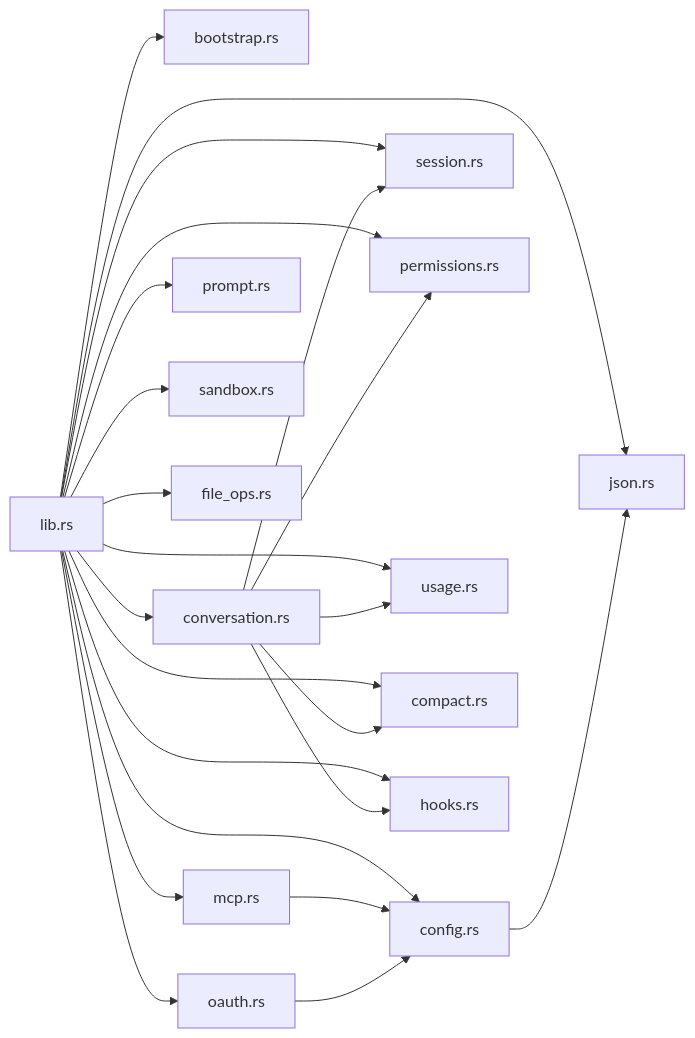
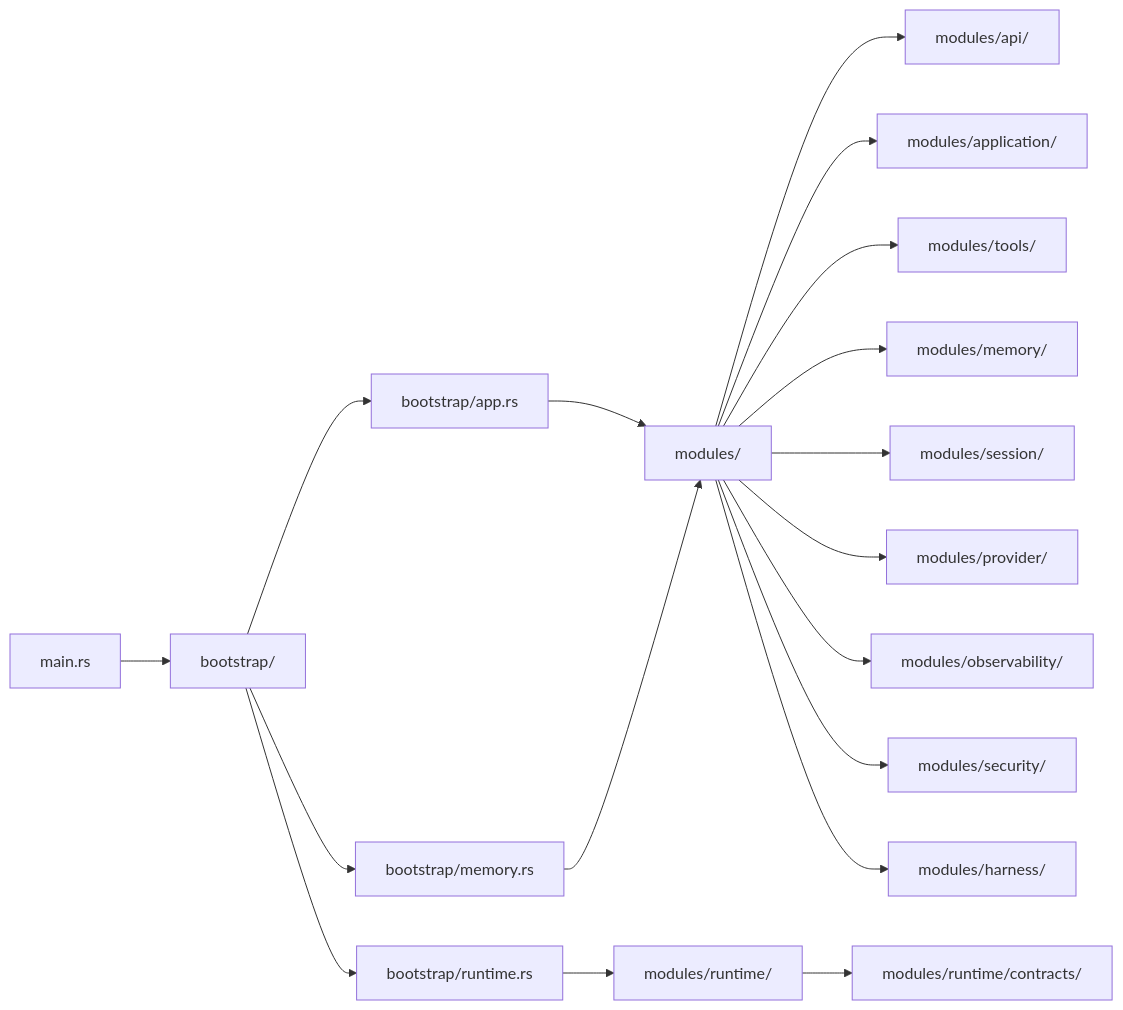
The tenth of 10 diagrams in .qoder/repowiki/en/content/Backend System (Rust)/Module Architecture & Design/Runtime Services/Runtime Services.md (novolei/if2Ai), drawn with Mermaid before and after one commit. The commit also changed other lines of this file and 124 other files, not shown here.

````diff
--- a/.qoder/repowiki/en/content/Backend System (Rust)/Module Architecture & Design/Runtime Services/Runtime Services.md
+++ b/.qoder/repowiki/en/content/Backend System (Rust)/Module Architecture & Design/Runtime Services/Runtime Services.md
@@ -567,25 +399,20 @@
 ```mermaid
 graph LR
-Lib["lib.rs"] --> Cfg["config.rs"]
-Lib --> Boot["bootstrap.rs"]
-Lib --> Conv["conversation.rs"]
-Lib --> Sess["session.rs"]
-Lib --> MCP["mcp.rs"]
-Lib --> Oauth["oauth.rs"]
-Lib --> Perm["permissions.rs"]
-Lib --> Usage["usage.rs"]
-Lib --> Prompt["prompt.rs"]
-Lib --> Comp["compact.rs"]
-Lib --> Hooks["hooks.rs"]
-Lib --> Json["json.rs"]
-Lib --> Sandbox["sandbox.rs"]
-Lib --> Files["file_ops.rs"]
-Conv --> Sess
-Conv --> Perm
-Conv --> Hooks
-Conv --> Usage
-Conv --> Comp
-Cfg --> Json
-MCP --> Cfg
-Oauth --> Cfg
+MAIN["main.rs"] --> BOOT["bootstrap/"]
+BOOT --> BOOT_APP["bootstrap/app.rs"]
+BOOT --> BOOT_MEM["bootstrap/memory.rs"]
+BOOT --> BOOT_RT["bootstrap/runtime.rs"]
+BOOT_APP --> MOD["modules/"]
+BOOT_MEM --> MOD
+BOOT_RT --> RUNTIME["modules/runtime/"]
+MOD --> API["modules/api/"]
+MOD --> APP["modules/application/"]
+MOD --> TOOLS["modules/tools/"]
+MOD --> MEMORY["modules/memory/"]
+MOD --> SESSION["modules/session/"]
+MOD --> PROVIDER["modules/provider/"]
+MOD --> OBS["modules/observability/"]
+MOD --> SEC["modules/security/"]
+MOD --> HARNESS["modules/harness/"]
+RUNTIME --> CONTRACTS["modules/runtime/contracts/"]
 ```
````
